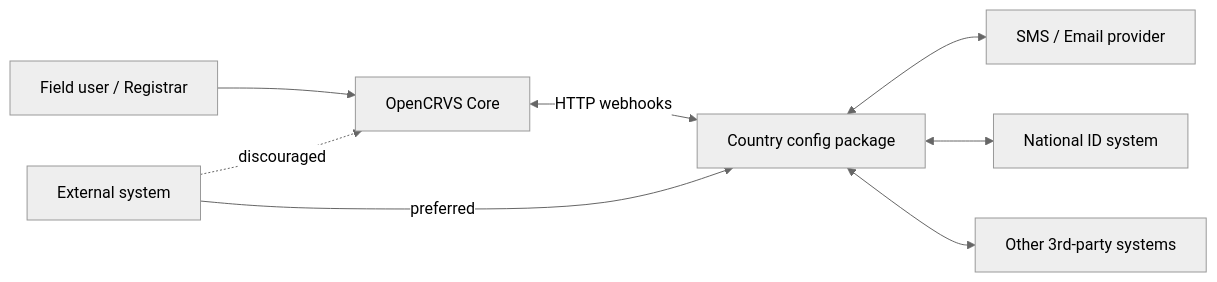
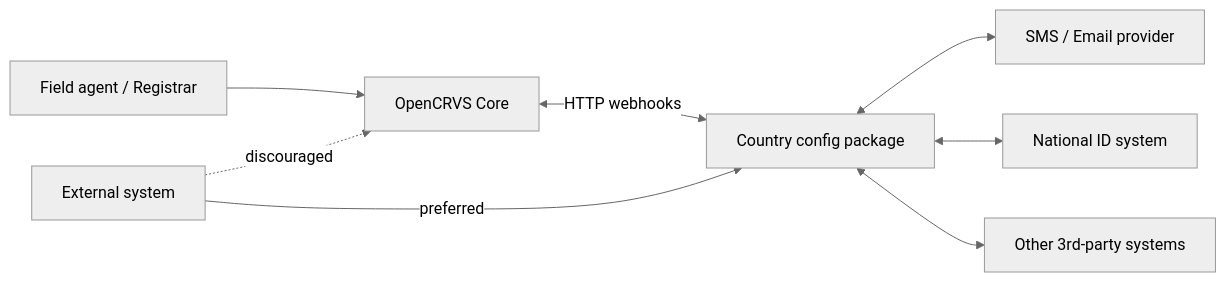
One commit to opencrvs/documentation changed the first of 4 diagrams in v2.0.0-latest/technical/architecture/integration-architecture.md. Above: the diagram before and after it, drawn with Mermaid (neutral theme). The commit also changed other lines of this file, not shown here.

Commit message:
GITBOOK-200: No subject

````diff
--- a/v2.0.0-latest/technical/architecture/integration-architecture.md
+++ b/v2.0.0-latest/technical/architecture/integration-architecture.md
@@ -17,10 +17,10 @@
 ```mermaid
 flowchart LR
-  User[Field user / Registrar] --> Core[OpenCRVS Core]
+  User[Field agent / Registrar] --> Core[OpenCRVS Core]
   Core <-->|HTTP webhooks| CountryConfig[Country config package]
   CountryConfig <--> SMS[SMS / Email provider]
   CountryConfig <--> NID[National ID system]
   CountryConfig <--> Other[Other 3rd-party systems]
   ThirdParty[External system] -.->|discouraged| Core
   ThirdParty -->|preferred| CountryConfig
 ```
````
